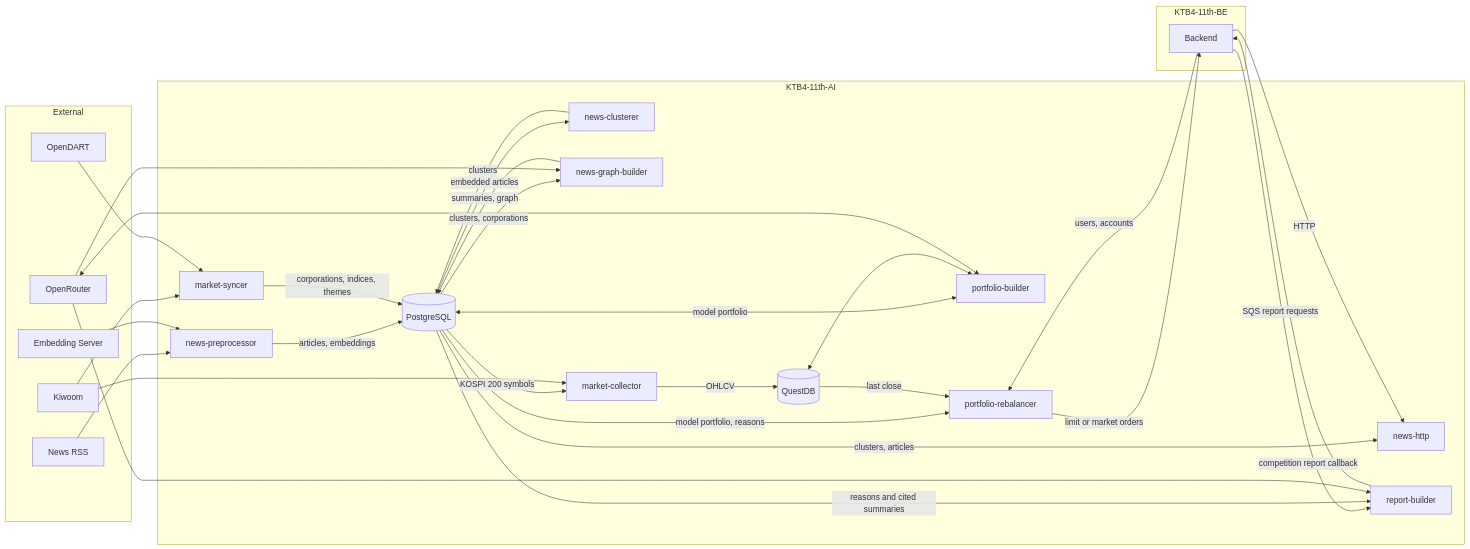
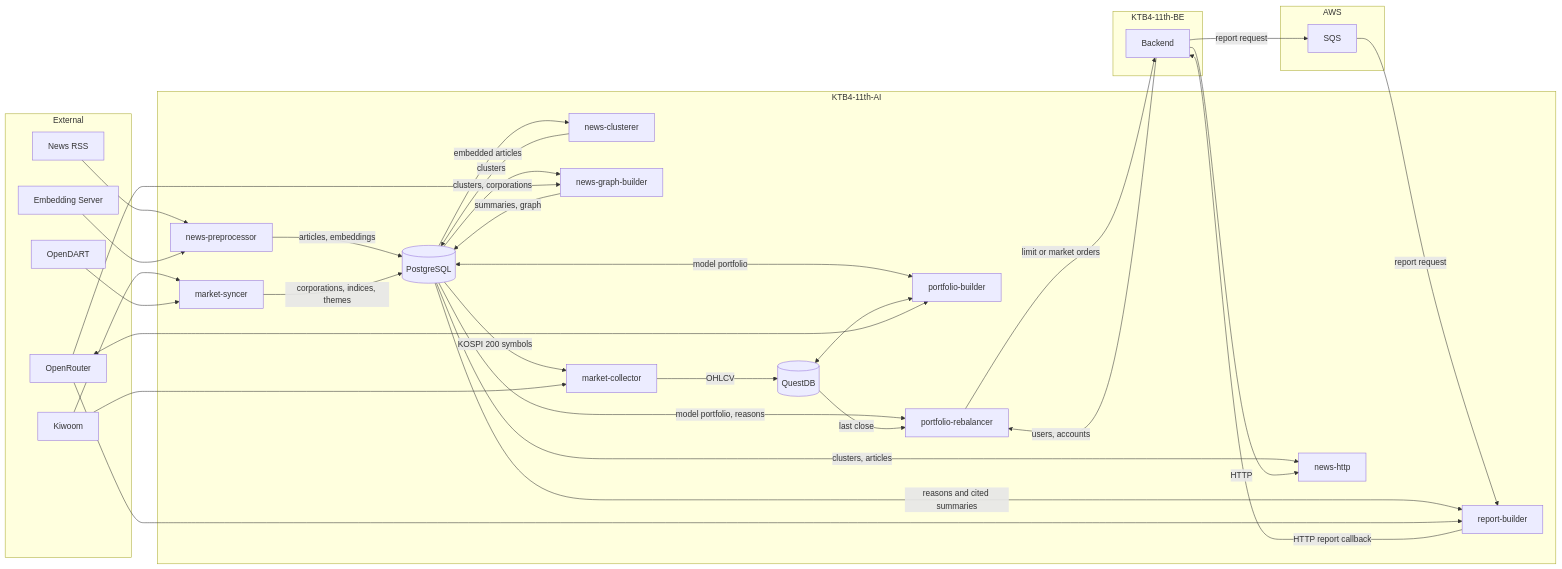
The first of 3 diagrams in README.md (100-hours-a-week/KTB4-11th-AI), drawn with Mermaid before and after one commit. The commit also changed other lines of this file, not shown here.

Commit message:
docs: show report requests through AWS SQS

````diff
--- a/README.md
+++ b/README.md
@@ -7,60 +7,65 @@
 ```mermaid
 flowchart LR
     subgraph EXT["External"]
         NEWS["News RSS"]
         KIWOOM["Kiwoom"]
         DART["OpenDART"]
         EMB["Embedding Server"]
         OPENROUTER["OpenRouter"]
     end
 
     subgraph AI["KTB4-11th-AI"]
         NP["news-preprocessor"]
         NC["news-clusterer"]
         MS["market-syncer"]
         NGB["news-graph-builder"]
         NH["news-http"]
         MC["market-collector"]
         PB["portfolio-builder"]
         PR["portfolio-rebalancer"]
         RB["report-builder"]
         PG[("PostgreSQL")]
         QDB[("QuestDB")]
     end
 
     subgraph BACKEND["KTB4-11th-BE"]
         BE["Backend"]
+    end
+
+    subgraph AWS["AWS"]
+        SQS["SQS"]
     end
 
     NEWS --> NP
     EMB --> NP
     NP -->|articles, embeddings| PG
     PG -->|embedded articles| NC
     NC -->|clusters| PG
 
     KIWOOM --> MS
     DART --> MS
     MS -->|corporations, indices, themes| PG
     PG -->|clusters, corporations| NGB
     OPENROUTER --> NGB
     NGB -->|summaries, graph| PG
     PG -->|clusters, articles| NH
     BE -->|HTTP| NH
 
     PG -->|KOSPI 200 symbols| MC
     KIWOOM --> MC
     MC -->|OHLCV| QDB
 
     PG <-->|model portfolio| PB
     QDB <--> PB
     OPENROUTER <--> PB
 
     PG -->|model portfolio, reasons| PR
     QDB -->|last close| PR
     BE -->|users, accounts| PR
     PR -->|limit or market orders| BE
-    BE -->|SQS report requests| RB
+    BE -->|report request| SQS
+    SQS -->|report request| RB
     PG -->|reasons and cited summaries| RB
     OPENROUTER --> RB
-    RB -->|competition report callback| BE
+    RB -->|HTTP report callback| BE
 ```
````
